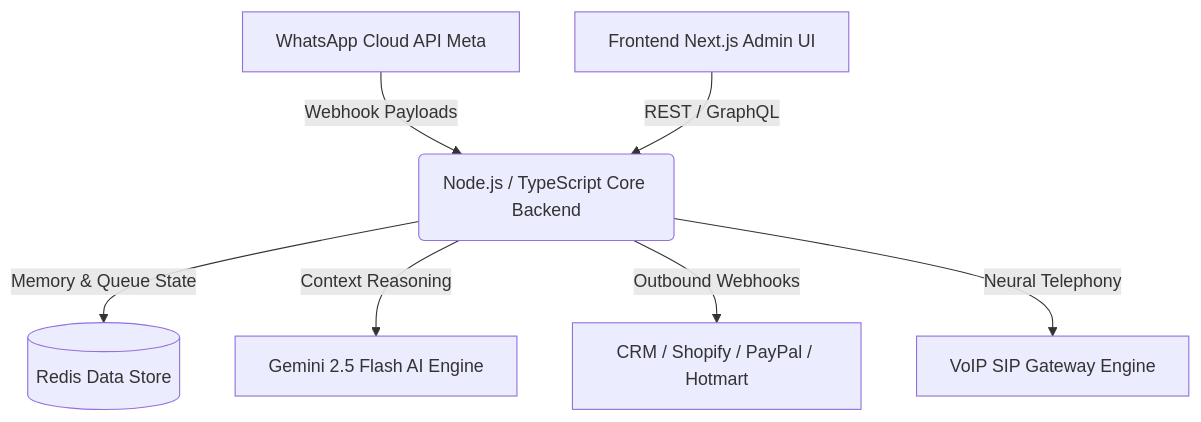
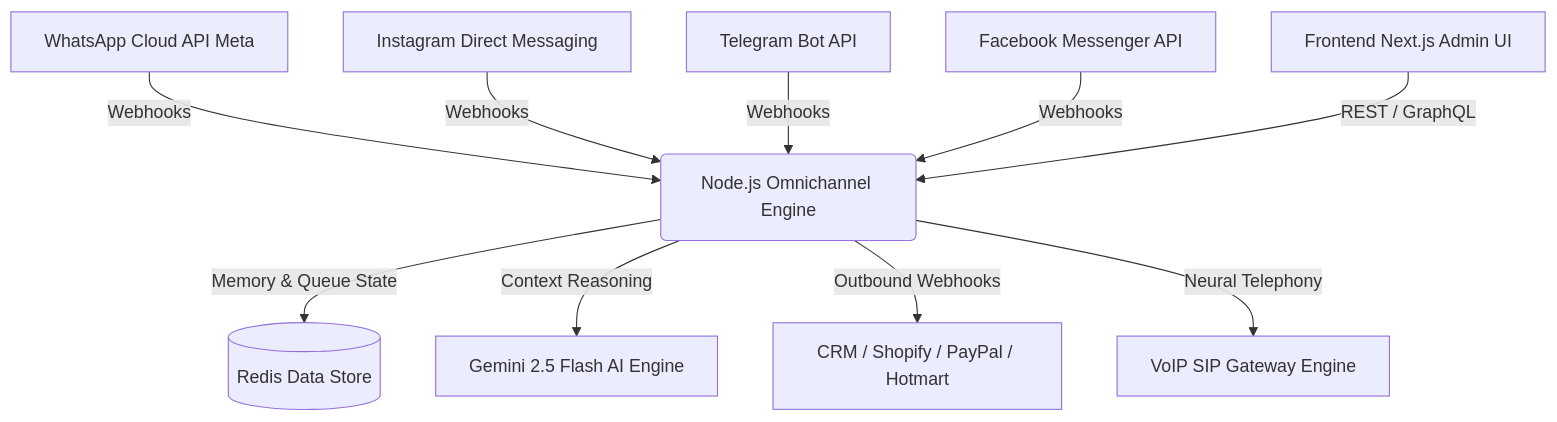
Before and after one commit to NachoTorresRD/whabot-pro-showcase: the diagram in README.md, drawn with Mermaid. The commit also changed other lines of this file and 1 other file, not shown here.

Commit message:
feat(omnichannel): highlight WhatsApp, Instagram, Telegram, and Messenger omnichannel support

````diff
--- a/README.md
+++ b/README.md
@@ -78,9 +88,12 @@
 ```mermaid
 graph TD
-    A[WhatsApp Cloud API Meta] -->|Webhook Payloads| B(Node.js / TypeScript Core Backend)
+    A1[WhatsApp Cloud API Meta] -->|Webhooks| B(Node.js Omnichannel Engine)
+    A2[Instagram Direct Messaging] -->|Webhooks| B
+    A3[Telegram Bot API] -->|Webhooks| B
+    A4[Facebook Messenger API] -->|Webhooks| B
     B -->|Memory & Queue State| C[(Redis Data Store)]
     B -->|Context Reasoning| D[Gemini 2.5 Flash AI Engine]
     B -->|Outbound Webhooks| E[CRM / Shopify / PayPal / Hotmart]
     B -->|Neural Telephony| F[VoIP SIP Gateway Engine]
     G[Frontend Next.js Admin UI] -->|REST / GraphQL| B
 ```
````
